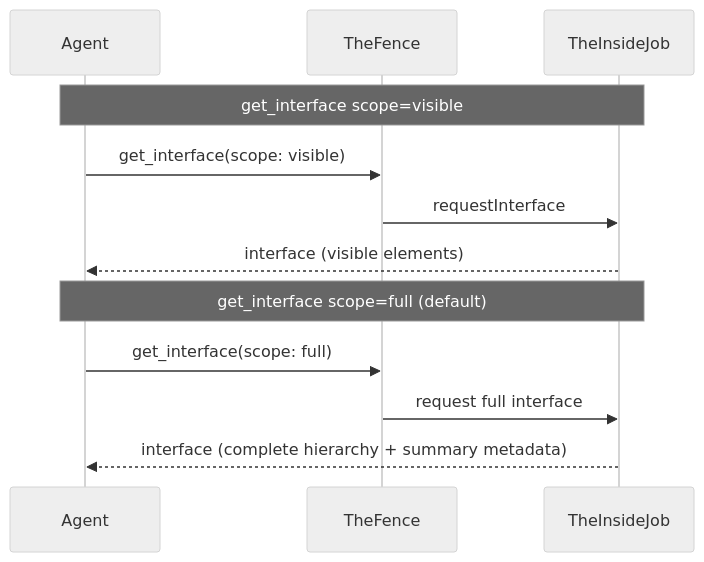
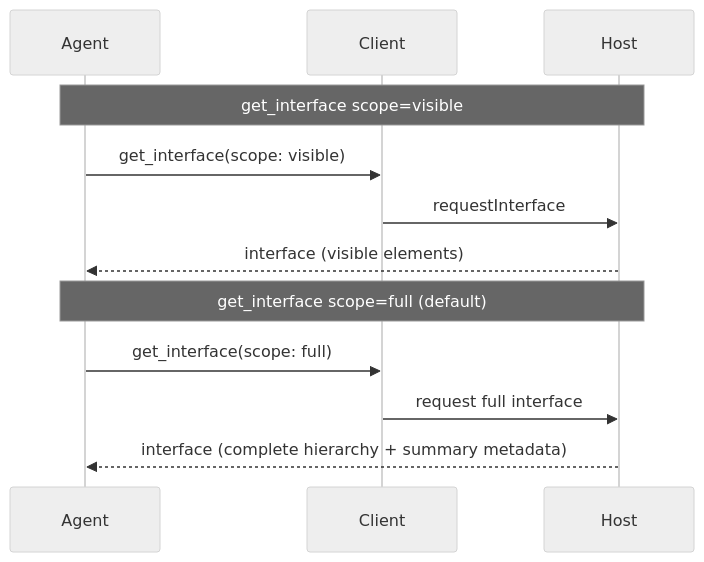
Before and after one commit to RoyalPineapple/TheButtonHeist: the second of 5 diagrams in docs/WIRE-PROTOCOL.md, drawn with Mermaid (neutral theme). The commit also changed other lines of this file and 7 other files, not shown here.

````diff
--- a/docs/WIRE-PROTOCOL.md
+++ b/docs/WIRE-PROTOCOL.md
@@ -905,16 +905,16 @@
 ```mermaid
 sequenceDiagram
     participant Agent
-    participant TheFence
-    participant TheInsideJob
+    participant Client
+    participant Host
 
-    Note over Agent,TheInsideJob: get_interface scope=visible
-    Agent->>TheFence: get_interface(scope: visible)
-    TheFence->>TheInsideJob: requestInterface
-    TheInsideJob-->>Agent: interface (visible elements)
+    Note over Agent,Host: get_interface scope=visible
+    Agent->>Client: get_interface(scope: visible)
+    Client->>Host: requestInterface
+    Host-->>Agent: interface (visible elements)
 
-    Note over Agent,TheInsideJob: get_interface scope=full (default)
-    Agent->>TheFence: get_interface(scope: full)
-    TheFence->>TheInsideJob: request full interface
-    TheInsideJob-->>Agent: interface (complete hierarchy + summary metadata)
+    Note over Agent,Host: get_interface scope=full (default)
+    Agent->>Client: get_interface(scope: full)
+    Client->>Host: request full interface
+    Host-->>Agent: interface (complete hierarchy + summary metadata)
 ```
````
